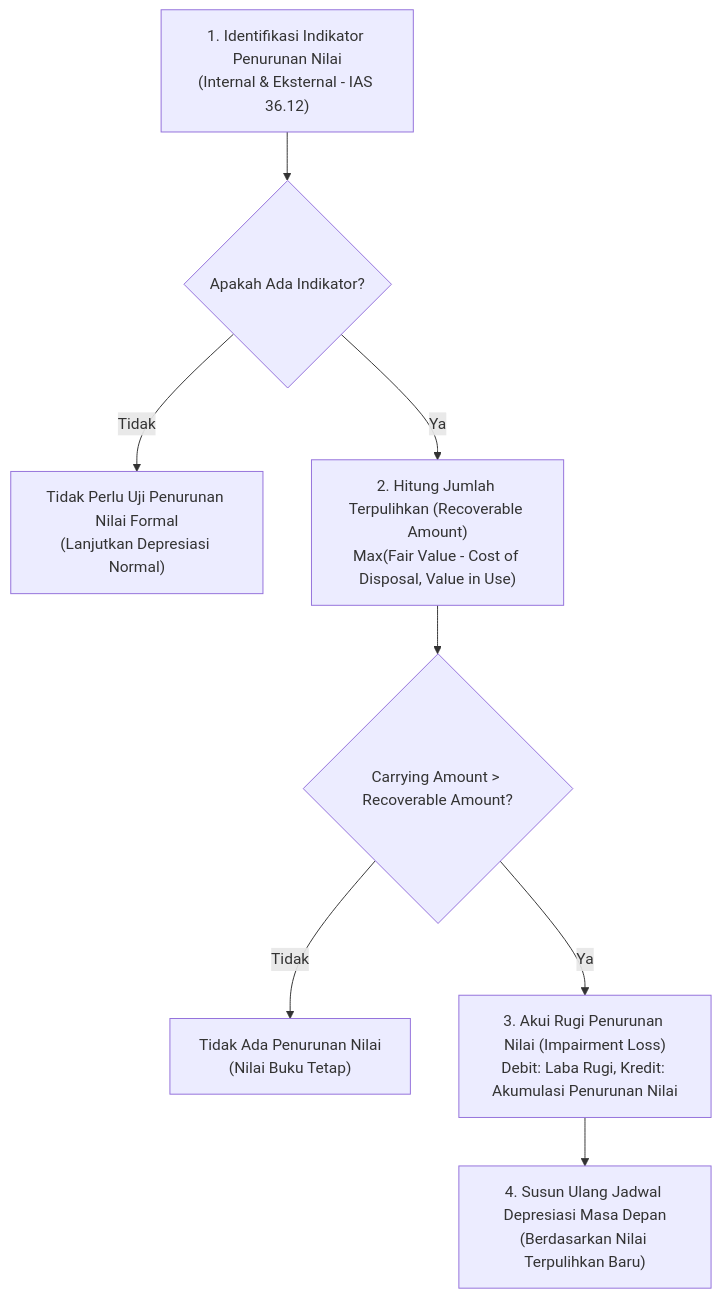
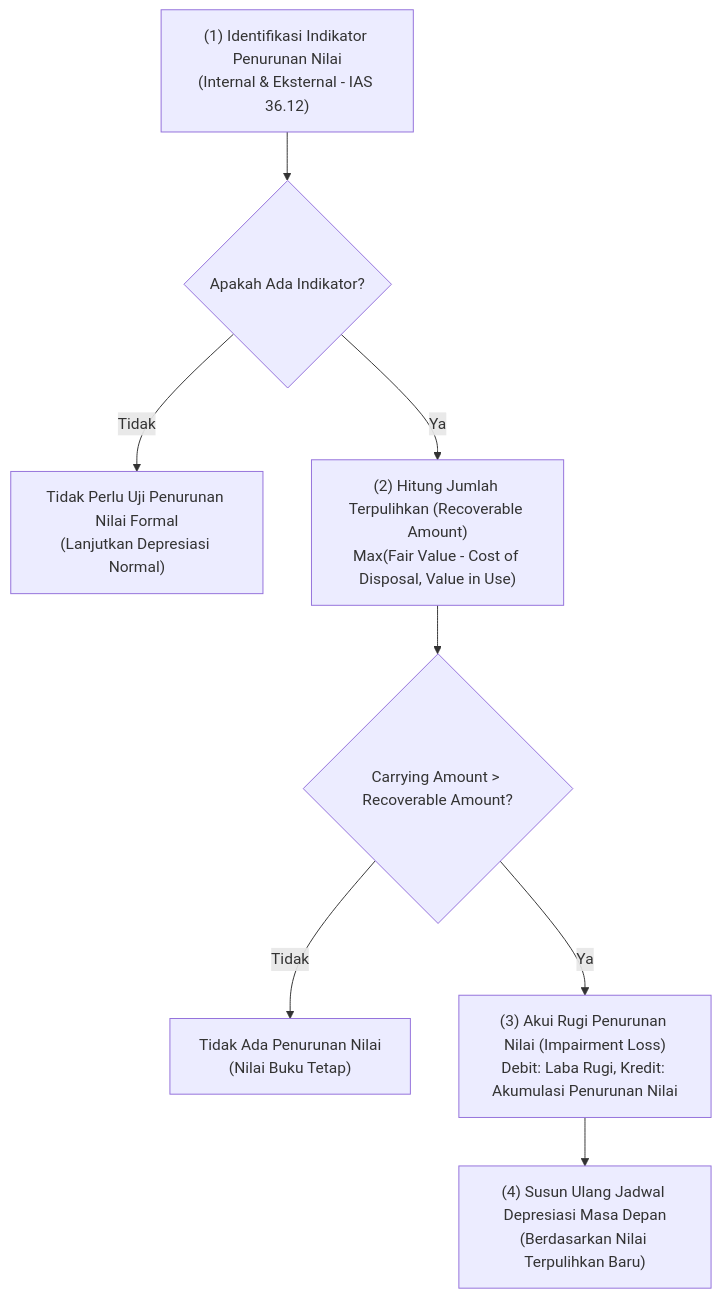
Before and after one commit to alimurrofid/erp-notes: the first of 2 diagrams in content/08-assets/asset-impairment.md, drawn with Mermaid. The commit also changed 132 other files, not shown here.

````diff
--- a/content/08-assets/asset-impairment.md
+++ b/content/08-assets/asset-impairment.md
@@ -9,10 +9,10 @@
 ```mermaid
 flowchart TD
-    Start["1. Identifikasi Indikator Penurunan Nilai<br/>(Internal & Eksternal - IAS 36.12)"] --> Test{"Apakah Ada Indikator?"}
+    Start["(1) Identifikasi Indikator Penurunan Nilai<br/>(Internal & Eksternal - IAS 36.12)"] --> Test{"Apakah Ada Indikator?"}
     Test -- Tidak --> Keep["Tidak Perlu Uji Penurunan Nilai Formal<br/>(Lanjutkan Depresiasi Normal)"]
-    Test -- Ya --> Calc["2. Hitung Jumlah Terpulihkan (Recoverable Amount)<br/>Max(Fair Value - Cost of Disposal, Value in Use)"]
+    Test -- Ya --> Calc["(2) Hitung Jumlah Terpulihkan (Recoverable Amount)<br/>Max(Fair Value - Cost of Disposal, Value in Use)"]
     Calc --> Comp{"Carrying Amount > Recoverable Amount?"}
     Comp -- Tidak --> NoLoss["Tidak Ada Penurunan Nilai<br/>(Nilai Buku Tetap)"]
-    Comp -- Ya --> Loss["3. Akui Rugi Penurunan Nilai (Impairment Loss)<br/>Debit: Laba Rugi, Kredit: Akumulasi Penurunan Nilai"]
-    Loss --> Resched["4. Susun Ulang Jadwal Depresiasi Masa Depan<br/>(Berdasarkan Nilai Terpulihkan Baru)"]
+    Comp -- Ya --> Loss["(3) Akui Rugi Penurunan Nilai (Impairment Loss)<br/>Debit: Laba Rugi, Kredit: Akumulasi Penurunan Nilai"]
+    Loss --> Resched["(4) Susun Ulang Jadwal Depresiasi Masa Depan<br/>(Berdasarkan Nilai Terpulihkan Baru)"]
 ```
````
